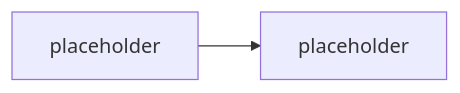
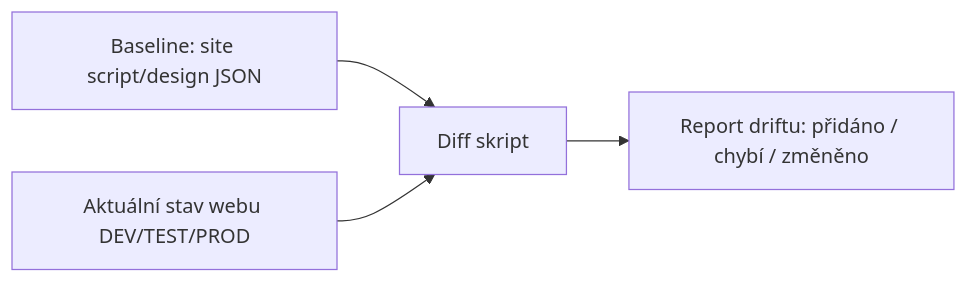
One commit to MalasekPetr/gopas-goc223 changed the diagram in day-2/staging-environments/README.md. Above: the diagram before and after it, drawn with Mermaid. The commit also changed other lines of this file and 8 other files, not shown here.

First line of the commit message:
Expand Day 2 to full depth: Graph fundamentals, staging environments, migration patterns

````diff
--- a/day-2/staging-environments/README.md
+++ b/day-2/staging-environments/README.md
@@ -16,5 +31,6 @@
 ```mermaid
-%% TODO: diagram — DEV -> TEST -> PROD promotion s diff/baseline gate
 flowchart LR
-  A[placeholder] --> B[placeholder]
+  A[Baseline: site script/design JSON] --> B[Diff skript]
+  C[Aktuální stav webu DEV/TEST/PROD] --> B
+  B --> D[Report driftu: přidáno / chybí / změněno]
 ```
````
